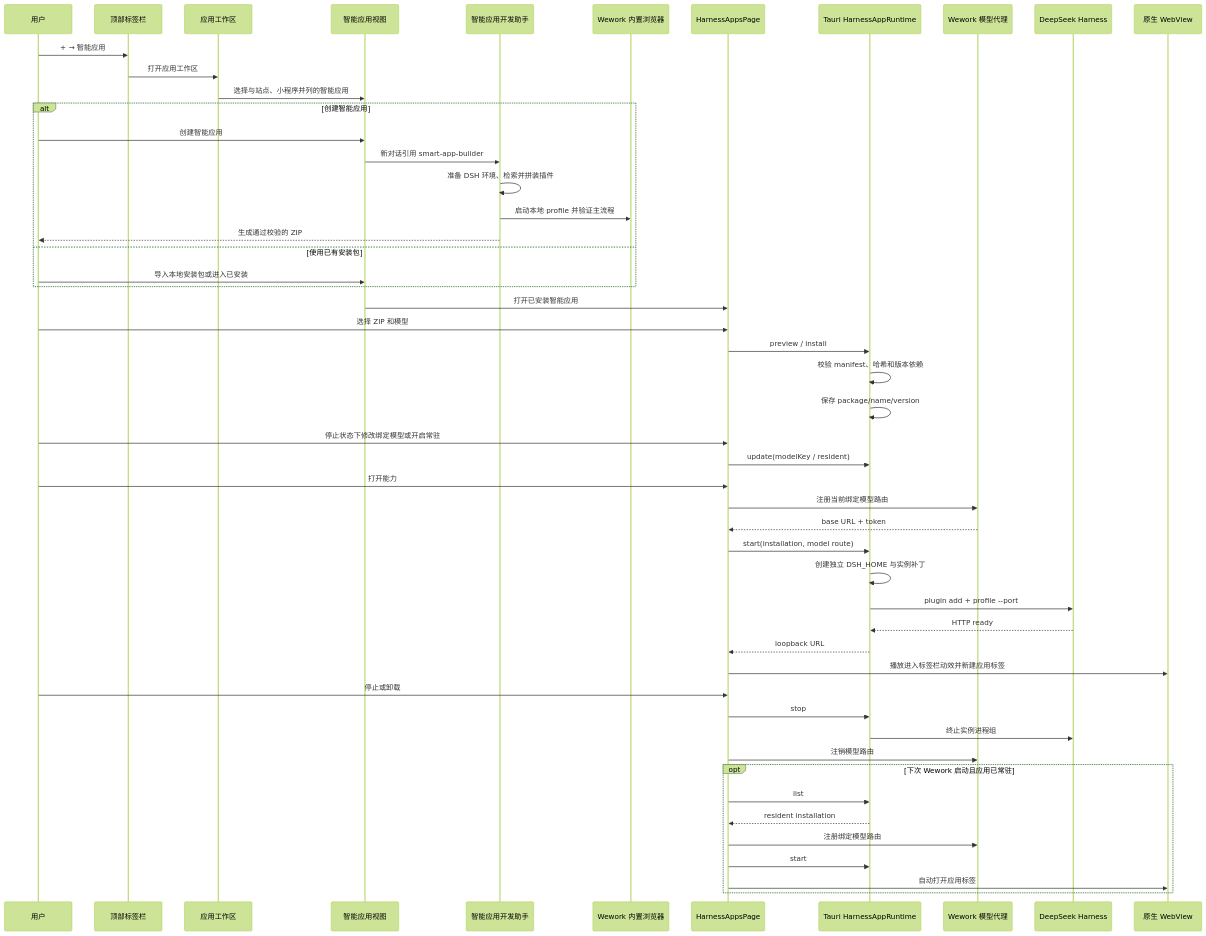
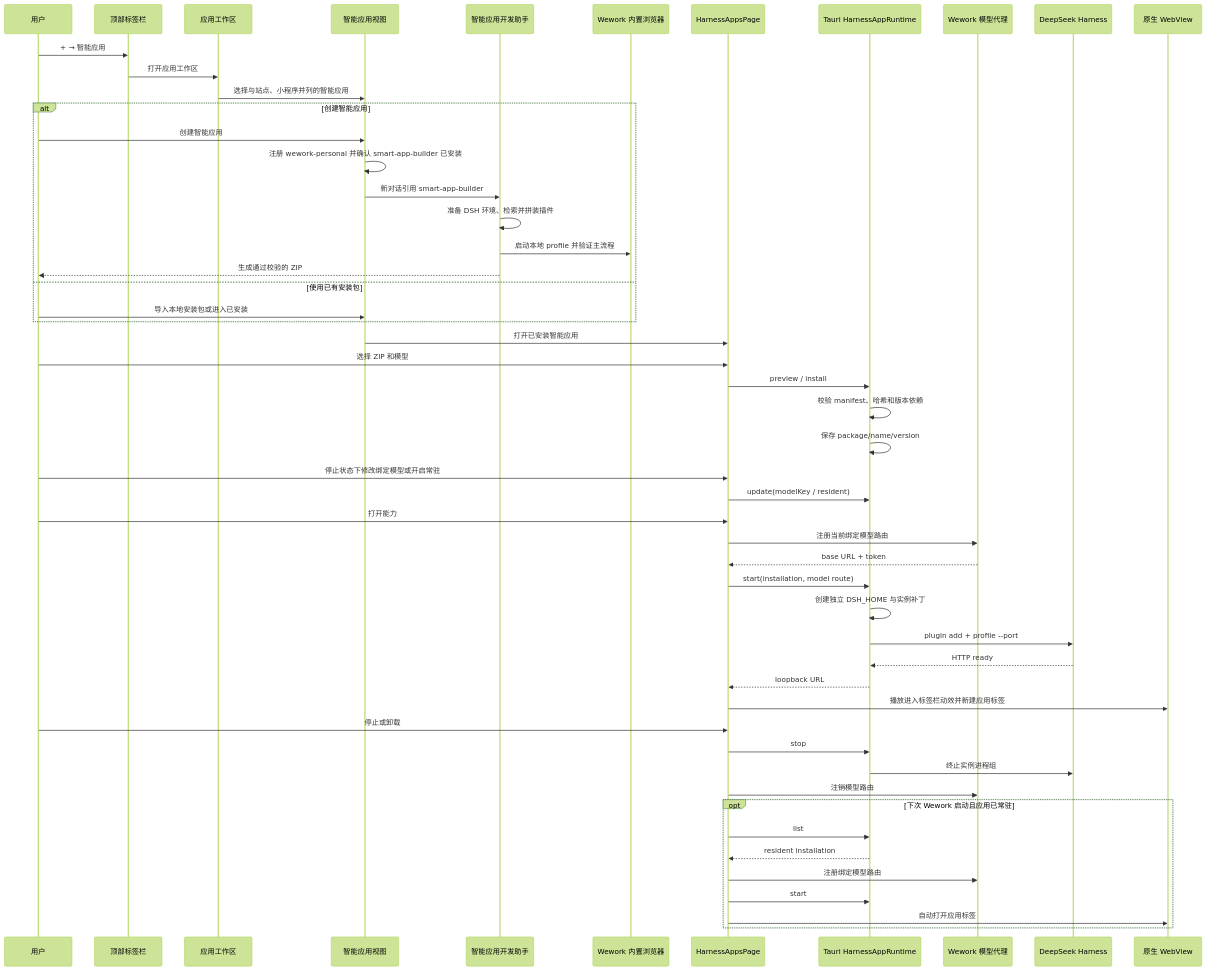
One commit to wecode-ai/wegent-docs changed the second of 2 diagrams in i18n/zh/docusaurus-plugin-content-docs/current/architecture/deepseek-harness-apps.md. Above: the diagram before and after it, drawn with Mermaid (forest theme). The commit also changed other lines of this file and 1 other file, not shown here.

````diff
--- a/i18n/zh/docusaurus-plugin-content-docs/current/architecture/deepseek-harness-apps.md
+++ b/i18n/zh/docusaurus-plugin-content-docs/current/architecture/deepseek-harness-apps.md
@@ -47,55 +48,56 @@
 ```mermaid
 sequenceDiagram
     participant U as 用户
     participant C as 顶部标签栏
     participant A as 应用工作区
     participant M as 智能应用视图
     participant B as 智能应用开发助手
     participant WB as Wework 内置浏览器
     participant UI as HarnessAppsPage
     participant T as Tauri HarnessAppRuntime
     participant P as Wework 模型代理
     participant D as DeepSeek Harness
     participant W as 原生 WebView
 
     U->>C: + → 智能应用
     C->>A: 打开应用工作区
     A->>M: 选择与站点、小程序并列的智能应用
     alt 创建智能应用
         U->>M: 创建智能应用
+        M->>M: 注册 wework-personal 并确认 smart-app-builder 已安装
         M->>B: 新对话引用 smart-app-builder
         B->>B: 准备 DSH 环境、检索并拼装插件
         B->>WB: 启动本地 profile 并验证主流程
         B-->>U: 生成通过校验的 ZIP
     else 使用已有安装包
         U->>M: 导入本地安装包或进入已安装
     end
     M->>UI: 打开已安装智能应用
     U->>UI: 选择 ZIP 和模型
     UI->>T: preview / install
     T->>T: 校验 manifest、哈希和版本依赖
     T->>T: 保存 package/name/version
     U->>UI: 停止状态下修改绑定模型或开启常驻
     UI->>T: update(modelKey / resident)
     U->>UI: 打开能力
     UI->>P: 注册当前绑定模型路由
     P-->>UI: base URL + token
     UI->>T: start(installation, model route)
     T->>T: 创建独立 DSH_HOME 与实例补丁
     T->>D: plugin add + profile --port
     D-->>T: HTTP ready
     T-->>UI: loopback URL
     UI->>W: 播放进入标签栏动效并新建应用标签
     U->>UI: 停止或卸载
     UI->>T: stop
     T->>D: 终止实例进程组
     UI->>P: 注销模型路由
 
     opt 下次 Wework 启动且应用已常驻
         UI->>T: list
         T-->>UI: resident installation
         UI->>P: 注册绑定模型路由
         UI->>T: start
         UI->>W: 自动打开应用标签
     end
 ```
````
